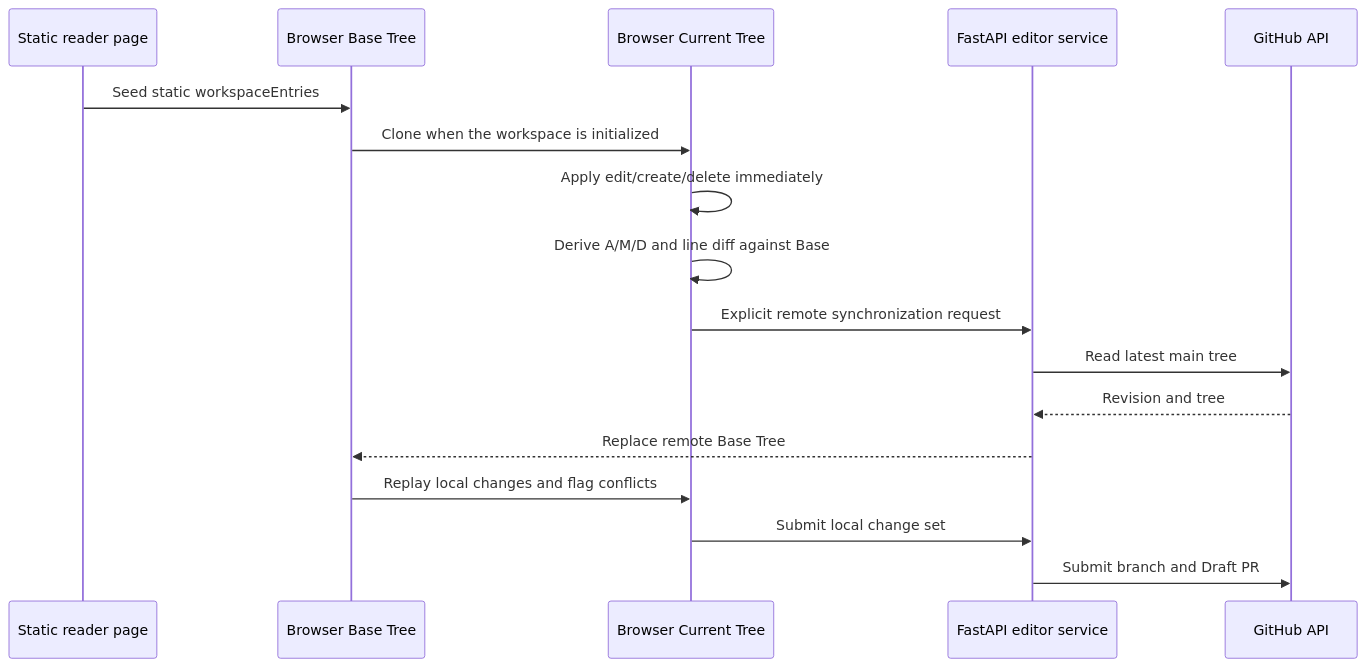
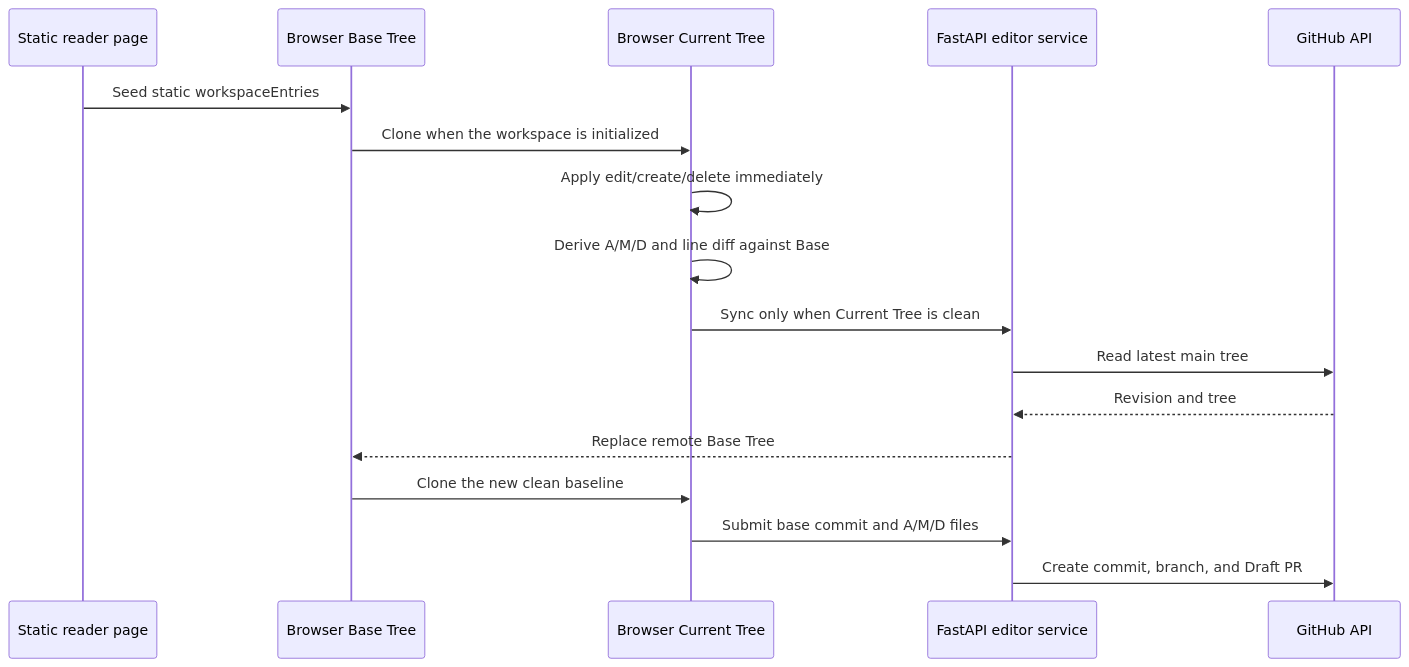
Before and after one commit to Game-Client-Knowledge/Web: the second of 2 diagrams in docs/web-repository-architecture.md, drawn with Mermaid. The commit also changed other lines of this file and 20 other files, not shown here.

Commit message:
refactor: submit editor changes as git objects

````diff
--- a/docs/web-repository-architecture.md
+++ b/docs/web-repository-architecture.md
@@ -326,20 +326,20 @@
 ```mermaid
 sequenceDiagram
     participant Reader as Static reader page
     participant Base as Browser Base Tree
     participant Current as Browser Current Tree
     participant Editor as FastAPI editor service
     participant GitHub as GitHub API
 
     Reader->>Base: Seed static workspaceEntries
     Base->>Current: Clone when the workspace is initialized
     Current->>Current: Apply edit/create/delete immediately
     Current->>Current: Derive A/M/D and line diff against Base
-    Current->>Editor: Explicit remote synchronization request
+    Current->>Editor: Sync only when Current Tree is clean
     Editor->>GitHub: Read latest main tree
     GitHub-->>Editor: Revision and tree
     Editor-->>Base: Replace remote Base Tree
-    Base->>Current: Replay local changes and flag conflicts
-    Current->>Editor: Submit local change set
-    Editor->>GitHub: Submit branch and Draft PR
+    Base->>Current: Clone the new clean baseline
+    Current->>Editor: Submit base commit and A/M/D files
+    Editor->>GitHub: Create commit, branch, and Draft PR
 ```
````
